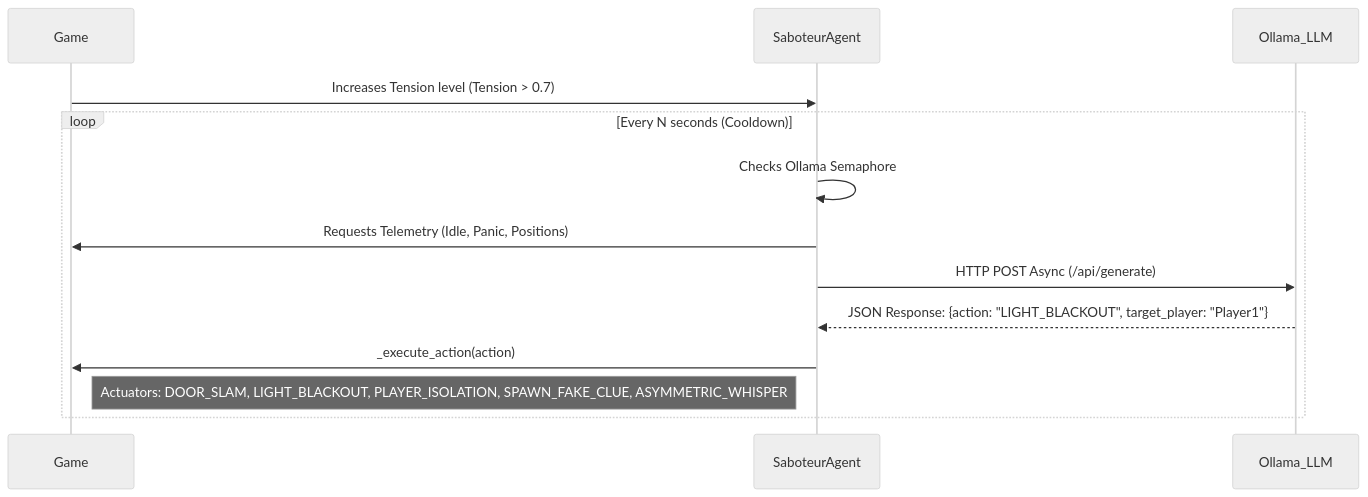
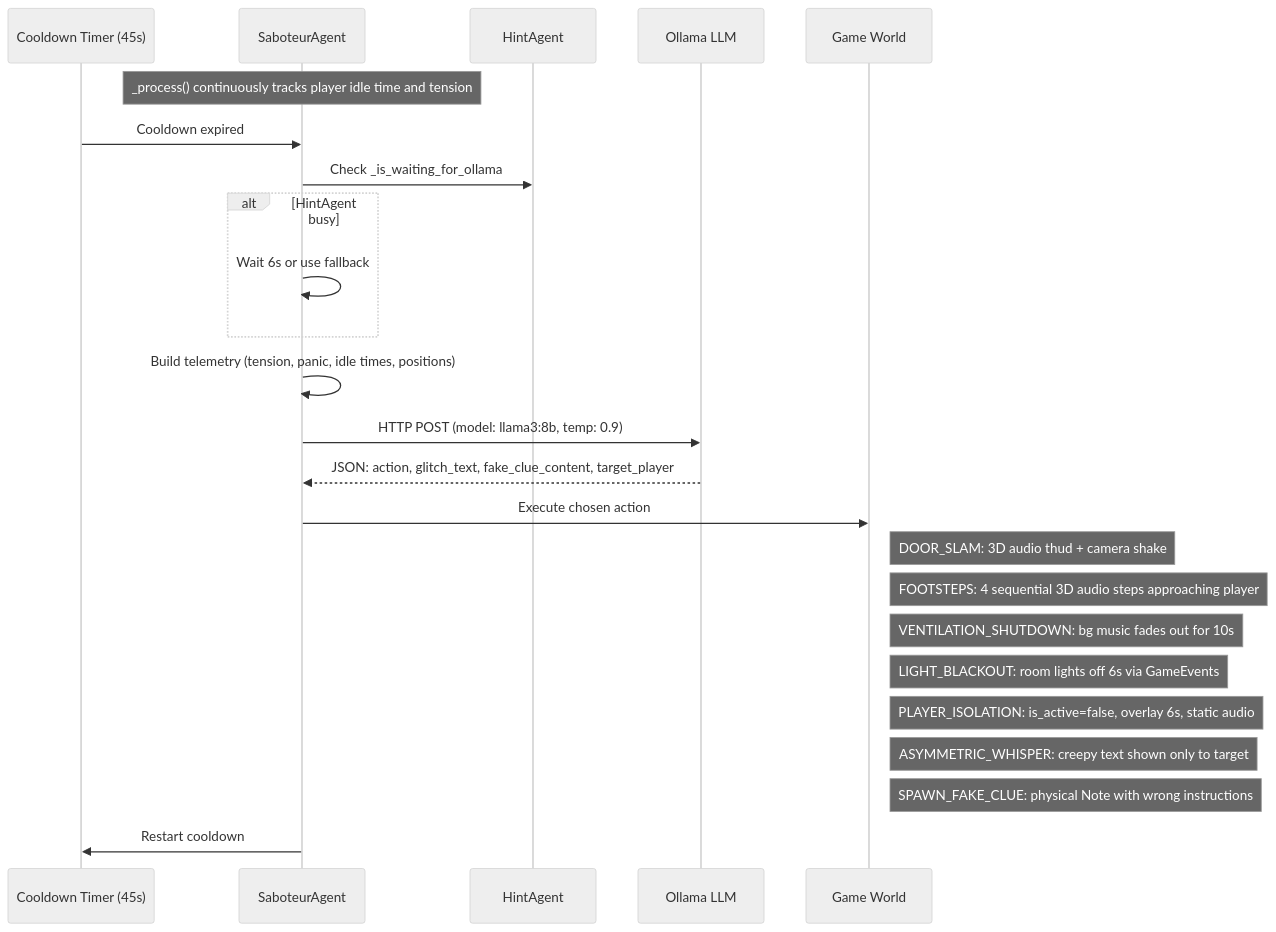
Before and after one commit to neica200/Echo-Chamber-Coop: the sixth of 10 diagrams in diagrame_arhitectura.md, drawn with Mermaid (neutral theme). The commit also changed other lines of this file, not shown here.

Commit message:
update diagrams

````diff
--- a/diagrame_arhitectura.md
+++ b/diagrame_arhitectura.md
@@ -194,19 +329,31 @@
 ```mermaid
 sequenceDiagram
-    participant Game
-    participant SaboteurAgent
-    participant Ollama_LLM
-    
-    Game->>SaboteurAgent: Increases Tension level (Tension > 0.7)
-    
-    loop Every N seconds (Cooldown)
-        SaboteurAgent->>SaboteurAgent: Checks Ollama Semaphore
-        SaboteurAgent->>Game: Requests Telemetry (Idle, Panic, Positions)
-        SaboteurAgent->>Ollama_LLM: HTTP POST Async (/api/generate)
-        
-        Ollama_LLM-->>SaboteurAgent: JSON Response: {action: "LIGHT_BLACKOUT", target_player: "Player1"}
-        
-        SaboteurAgent->>Game: _execute_action(action)
-        Note right of Game: Actuators: DOOR_SLAM, LIGHT_BLACKOUT, PLAYER_ISOLATION, SPAWN_FAKE_CLUE, ASYMMETRIC_WHISPER
+    participant Timer as Cooldown Timer (45s)
+    participant SA as SaboteurAgent
+    participant HA as HintAgent
+    participant Ollama as Ollama LLM
+    participant World as Game World
+
+    Note over SA: _process() continuously tracks player idle time and tension
+
+    Timer->>SA: Cooldown expired
+    SA->>HA: Check _is_waiting_for_ollama
+    alt HintAgent busy
+        SA->>SA: Wait 6s or use fallback
     end
+
+    SA->>SA: Build telemetry (tension, panic, idle times, positions)
+    SA->>Ollama: HTTP POST (model: llama3:8b, temp: 0.9)
+    Ollama-->>SA: JSON: action, glitch_text, fake_clue_content, target_player
+
+    SA->>World: Execute chosen action
+    Note right of World: DOOR_SLAM: 3D audio thud + camera shake
+    Note right of World: FOOTSTEPS: 4 sequential 3D audio steps approaching player
+    Note right of World: VENTILATION_SHUTDOWN: bg music fades out for 10s
+    Note right of World: LIGHT_BLACKOUT: room lights off 6s via GameEvents
+    Note right of World: PLAYER_ISOLATION: is_active=false, overlay 6s, static audio
+    Note right of World: ASYMMETRIC_WHISPER: creepy text shown only to target
+    Note right of World: SPAWN_FAKE_CLUE: physical Note with wrong instructions
+
+    SA->>Timer: Restart cooldown
 ```
````
